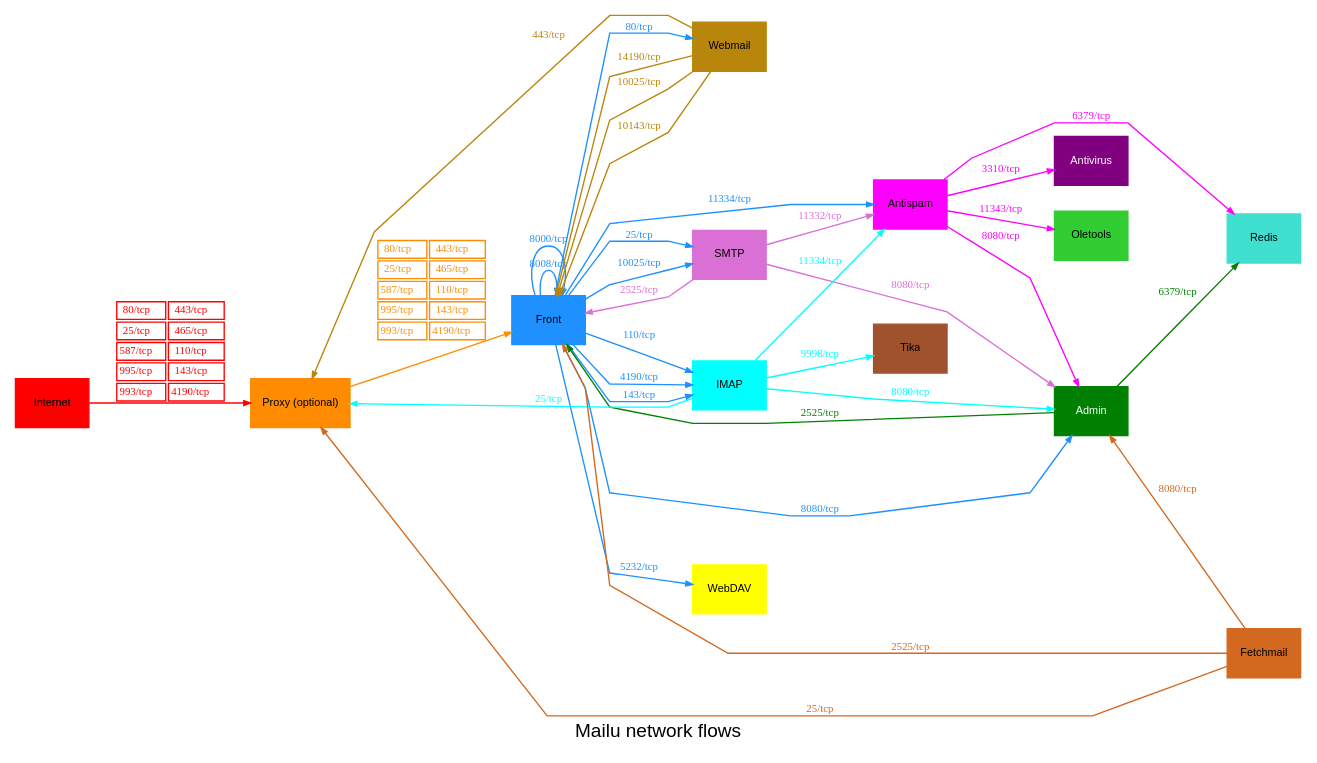
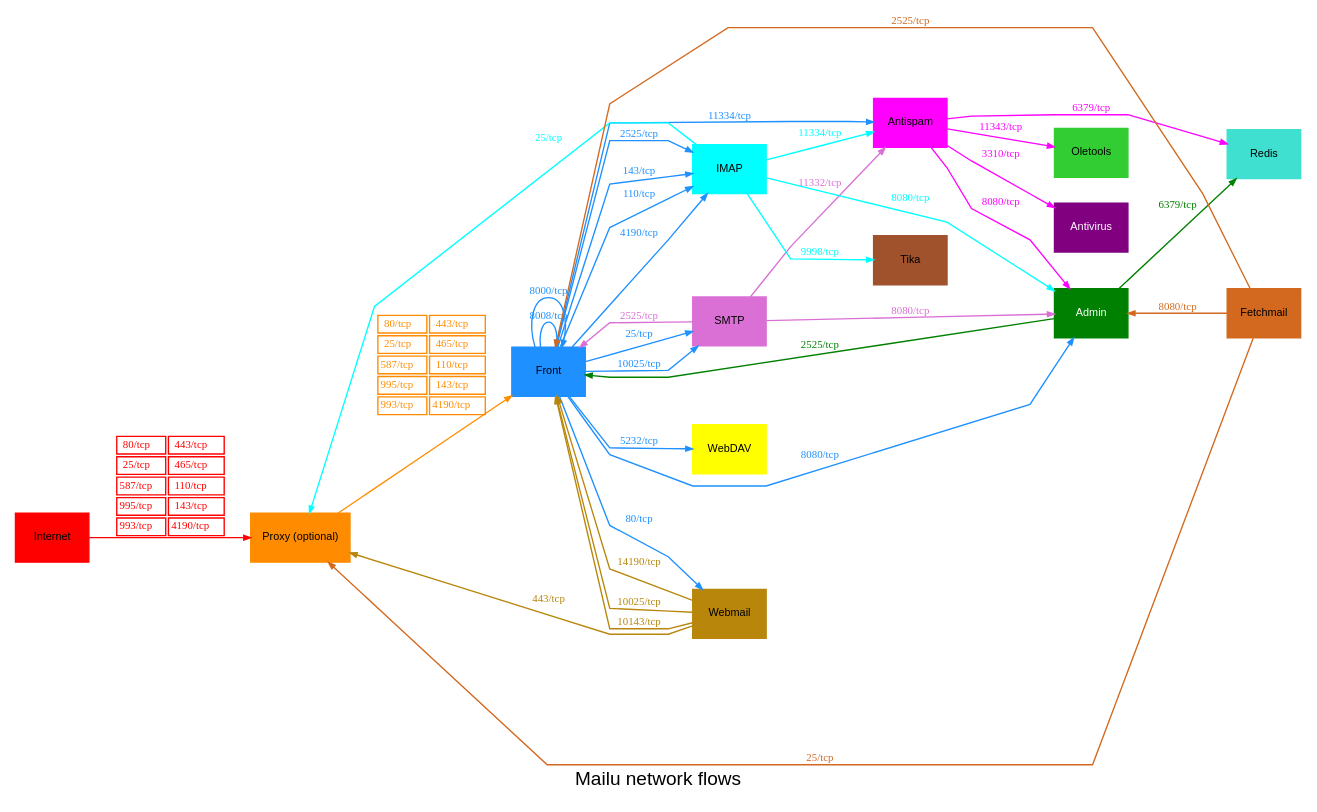
Before and after one commit to bonitobonita24/mailserver-lgucalapanph: the diagram in docs/mailu-network-diagram.dot, drawn with Graphviz.

Commit message:
missing front->imap[2525]

```diff
--- a/docs/mailu-network-diagram.dot
+++ b/docs/mailu-network-diagram.dot
@@ -1,137 +1,138 @@
 digraph mailu {
     label = "Mailu network flows";
     fontname = "arial";
     
     node [shape = record; fontname = "arial"; fontsize = 8; style = filled; color = "#d3edea";];
     splines = "compound";
     // node [shape = "box"; fontsize = "10";];
     edge [fontsize = 8; arrowsize = 0.5;];
     
     # Components
     internet [label = "Internet"; color = "red";];
     proxy [label = "Proxy (optional)"; color = "darkorange";];
     front [label="Front"; color="dodgerblue";];
     admin [label="Admin"; color="green"; fontcolor="white";];
     smtp [label="SMTP"; color="orchid";];
     redis [label="Redis"; color="turquoise";];
     antispam [label="Antispam"; color="magenta";];
     antivirus [label="Antivirus"; color="purple"; fontcolor="white";];
     imap [label="IMAP"; color="cyan";];
     webdav [label="WebDAV"; color="yellow";];
     webmail [label="Webmail"; color="darkgoldenrod";];
     fetchmail [label="Fetchmail"; color="chocolate";];
     oletools [label="Oletools"; color="limegreen";];
     fts_attachments [label="Tika"; color="sienna";];
 
     rankdir=LR;
     {rank=min; internet};
     // {rank=3; proxy};
     // {rank=4; front};
     // {rank=same; admin smtp redis antispam antivirus imap};
     {rank=max; fetchmail};
 
     # Proxy from internet
 
     internet -> proxy [
         color="red";
         fontcolor="red";
         label = <
         <TABLE BORDER="0" CELLBORDER="1" CELLPADDING="1">
             <TR>
                 <TD>80/tcp</TD>
                 <TD>443/tcp</TD>
             </TR>
             <TR>
                 <TD>25/tcp</TD>
                 <TD>465/tcp</TD>
             </TR>
             <TR>
                 <TD>587/tcp</TD>
                 <TD>110/tcp</TD>
             </TR>
             <TR>
                 <TD>995/tcp</TD>
                 <TD>143/tcp</TD>
             </TR>
             <TR>
                 <TD>993/tcp</TD>
                 <TD>4190/tcp</TD>
             </TR>
         </TABLE>
         >;
     ];
 
     # Front from proxy
     proxy -> front [
         color="darkorange";
         fontcolor="darkorange";
         label = <
         <TABLE BORDER="0" CELLBORDER="1" CELLPADDING="1">
             <TR>
                 <TD>80/tcp</TD>
                 <TD>443/tcp</TD>
             </TR>
             <TR>
                 <TD>25/tcp</TD>
                 <TD>465/tcp</TD>
             </TR>
             <TR>
                 <TD>587/tcp</TD>
                 <TD>110/tcp</TD>
             </TR>
             <TR>
                 <TD>995/tcp</TD>
                 <TD>143/tcp</TD>
             </TR>
             <TR>
                 <TD>993/tcp</TD>
                 <TD>4190/tcp</TD>
             </TR>
         </TABLE>
         >;
     ];
     
     front -> front [label = "8008/tcp"; color="dodgerblue"; fontcolor="dodgerblue";];
     front -> front [label = "8000/tcp"; color="dodgerblue"; fontcolor="dodgerblue";];
     front -> admin [label = "8080/tcp"; color="dodgerblue"; fontcolor="dodgerblue";];
     front -> imap [label = "4190/tcp"; color="dodgerblue"; fontcolor="dodgerblue";];
+    front -> imap [label = "2525/tcp"; color="dodgerblue"; fontcolor="dodgerblue";];
     front -> imap [label = "143/tcp"; color="dodgerblue"; fontcolor="dodgerblue";];
     front -> imap [label = "110/tcp"; color="dodgerblue"; fontcolor="dodgerblue";];
     front -> smtp [label = "25/tcp"; color="dodgerblue"; fontcolor="dodgerblue";];
     front -> smtp [label = "10025/tcp"; color="dodgerblue"; fontcolor="dodgerblue";];
     front -> webmail [label = "80/tcp"; color="dodgerblue"; fontcolor="dodgerblue";];
     front -> antispam [label = "11334/tcp"; color="dodgerblue"; fontcolor="dodgerblue";];
     front -> webdav [label = "5232/tcp"; color="dodgerblue"; fontcolor="dodgerblue";];
     
     smtp -> admin [label = "8080/tcp"; color="orchid"; fontcolor="orchid";];
     smtp -> front [label = "2525/tcp"; color="orchid"; fontcolor="orchid";];
     smtp -> antispam [label = "11332/tcp"; color="orchid"; fontcolor="orchid";];
     
     imap -> admin [label = "8080/tcp"; color="cyan"; fontcolor="cyan";];
     imap -> antispam [label = "11334/tcp"; color="cyan"; fontcolor="cyan";];
     imap -> proxy [label = "25/tcp"; color="cyan"; fontcolor="cyan";];
     imap -> fts_attachments [label = "9998/tcp"; color="cyan"; fontcolor="cyan";];
     
     webmail -> front [label = "14190/tcp"; color="darkgoldenrod"; fontcolor="darkgoldenrod";];
     webmail -> front [label = "10025/tcp"; color="darkgoldenrod"; fontcolor="darkgoldenrod";];
     webmail -> front [label = "10143/tcp"; color="darkgoldenrod"; fontcolor="darkgoldenrod";];
     # carddav
     webmail -> proxy [label = "443/tcp"; color="darkgoldenrod"; fontcolor="darkgoldenrod";];
     
     admin -> redis [label = "6379/tcp"; color="green"; fontcolor="green";];
     admin -> front [label = "2525/tcp"; color="green"; fontcolor="green";];
     
     antispam -> redis [label = "6379/tcp"; color="magenta"; fontcolor="magenta";];
     antispam -> admin [label = "8080/tcp"; color="magenta"; fontcolor="magenta";];
     antispam -> oletools [label = "11343/tcp"; color="magenta"; fontcolor="magenta";];
     antispam -> antivirus [label = "3310/tcp"; color="magenta"; fontcolor="magenta";];
     
     fetchmail -> admin [label = "8080/tcp"; color="chocolate"; fontcolor="chocolate";];
     fetchmail -> proxy [label = "25/tcp"; color="chocolate"; fontcolor="chocolate";];
     fetchmail -> front [label = "2525/tcp"; color="chocolate"; fontcolor="chocolate";];
     #
     # those don't need internet:
     # oletools
     # fts_attachments
     # redis
 }
```
